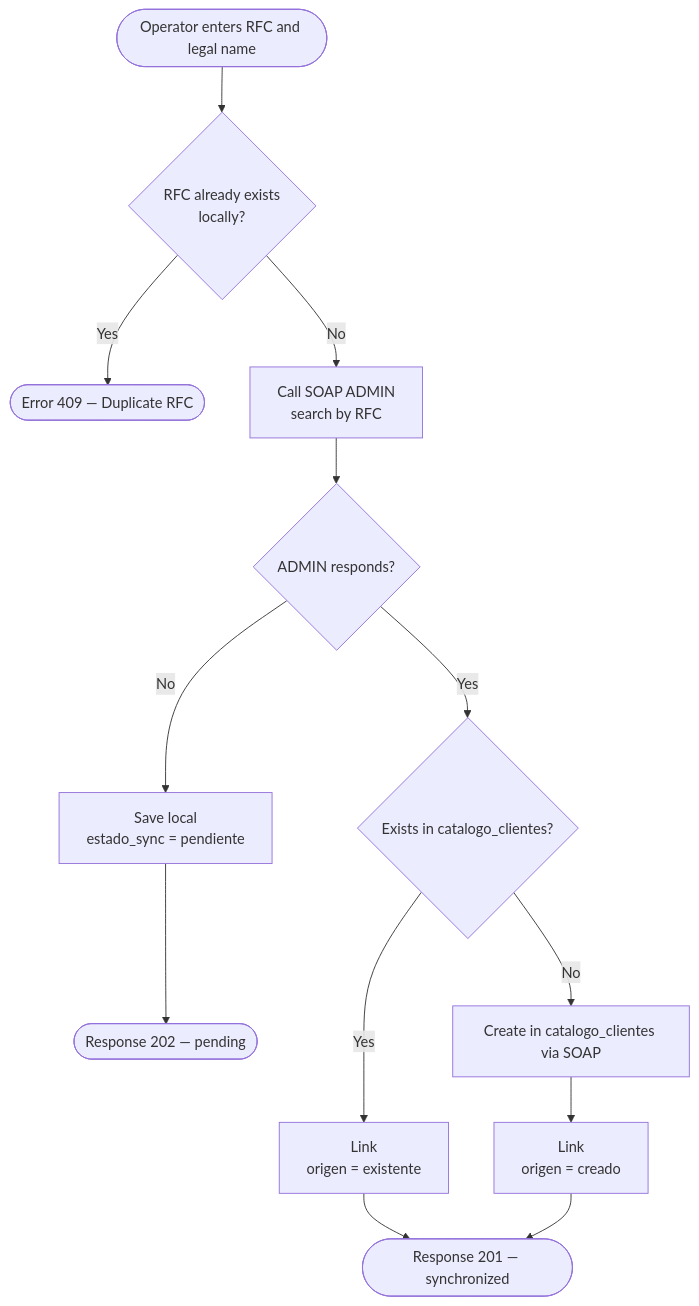
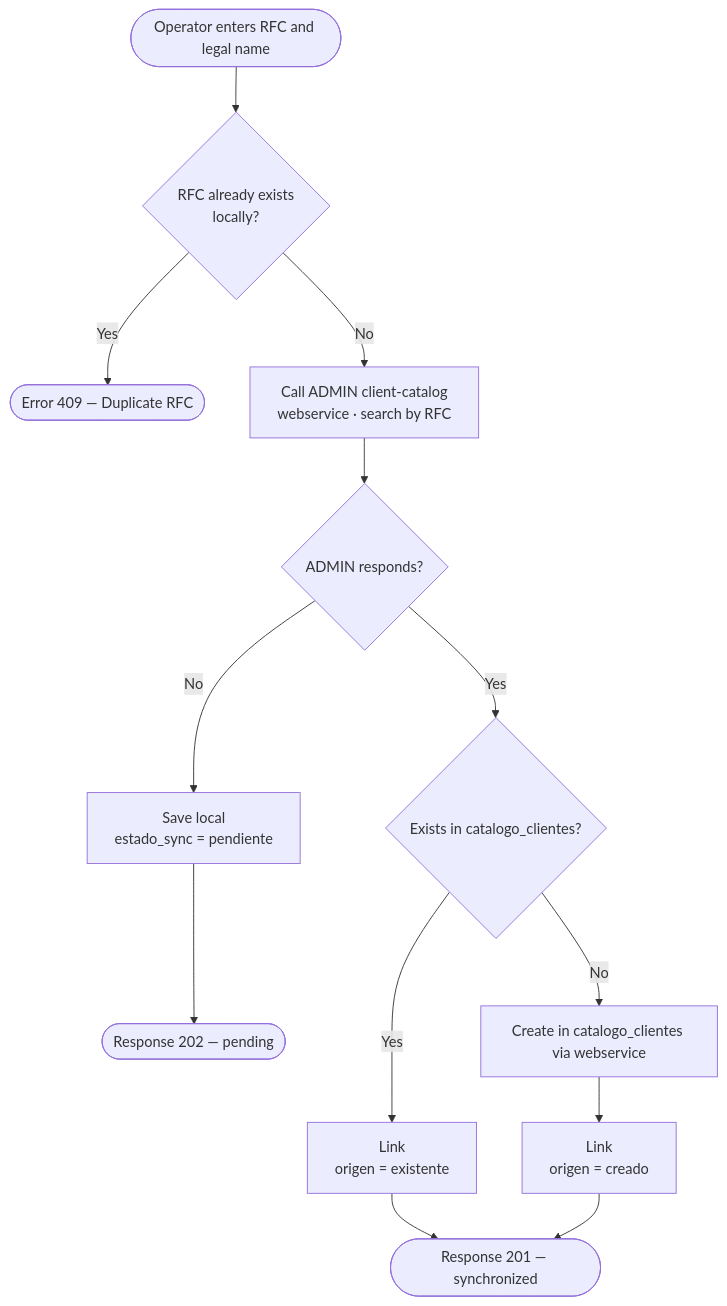
Before and after one commit to LIDR-academy/AI4Devs-finalproject: the fourth of 8 diagrams in documentacion-funcional.md, drawn with Mermaid. The commit also changed other lines of this file and 300 other files, not shown here.

````diff
--- a/documentacion-funcional.md
+++ b/documentacion-funcional.md
@@ -363,14 +370,14 @@
 ```mermaid
 flowchart TD
     A([Operator enters RFC and legal name]) --> B{RFC already exists<br/>locally?}
     B -- Yes --> X([Error 409 — Duplicate RFC])
-    B -- No --> C[Call SOAP ADMIN<br/>search by RFC]
+    B -- No --> C[Call ADMIN client-catalog<br/>webservice · search by RFC]
     C --> D{ADMIN responds?}
     D -- No --> P[Save local<br/>estado_sync = pendiente]
     P --> Z([Response 202 — pending])
     D -- Yes --> E{Exists in catalogo_clientes?}
     E -- Yes --> F[Link<br/>origen = existente]
-    E -- No --> G[Create in catalogo_clientes via SOAP] --> H[Link<br/>origen = creado]
+    E -- No --> G[Create in catalogo_clientes via webservice] --> H[Link<br/>origen = creado]
     F --> Y([Response 201 — synchronized])
     H --> Y
 ```
````
